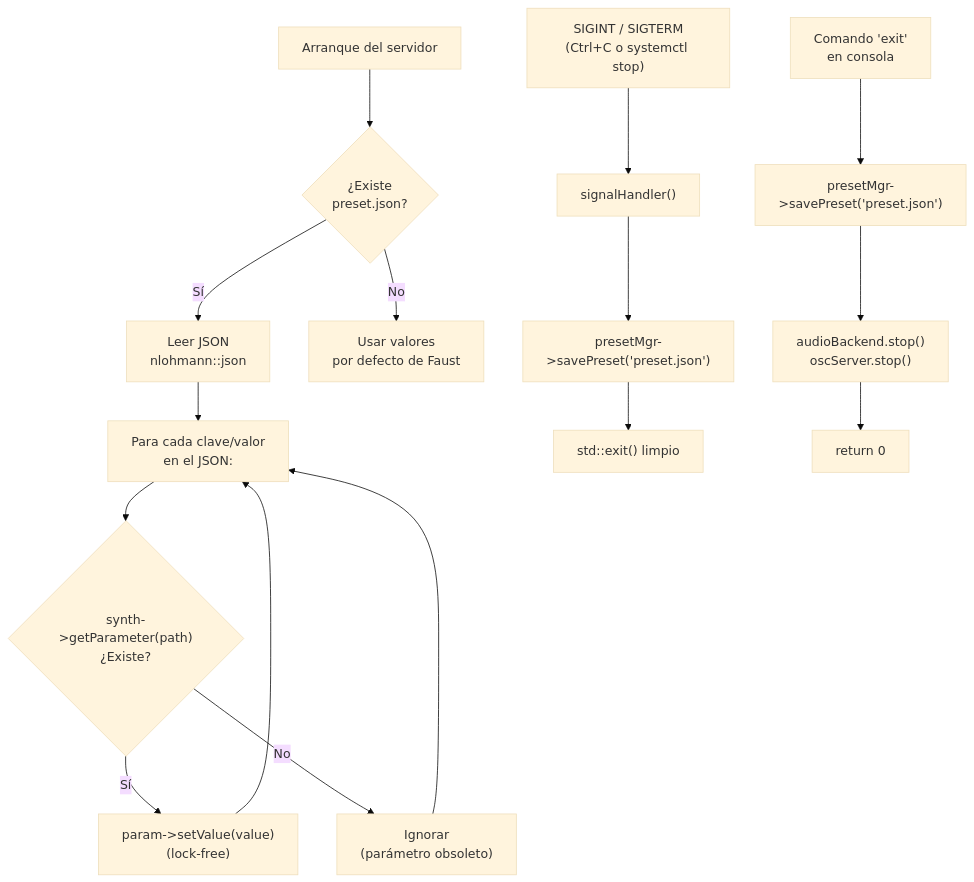
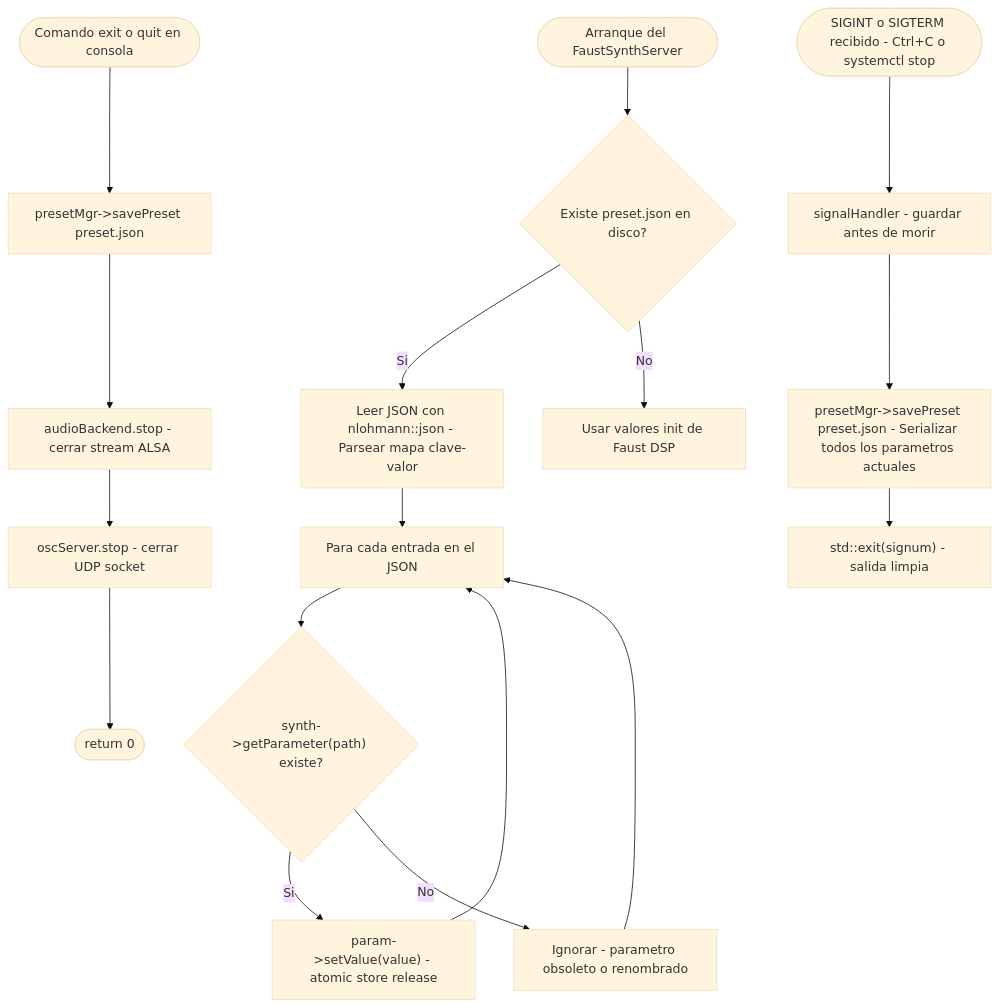
One commit to Zann181/sintetizador changed the tenth of 12 diagrams in README.md. Above: the diagram before and after it, drawn with Mermaid (base theme). The commit also changed other lines of this file, not shown here.

````diff
--- a/README.md
+++ b/README.md
@@ -882,21 +1495,26 @@
 ```mermaid
 flowchart TD
-    INIT["Arranque del servidor"] --> LOAD_CHECK{"¿Existe\npreset.json?"}
-    LOAD_CHECK -->|Sí| LOAD_FILE["Leer JSON\nnlohmann::json"]
-    LOAD_CHECK -->|No| DEFAULT["Usar valores\npor defecto de Faust"]
+    ARRANQUE(["Arranque del FaustSynthServer"])
+    ARRANQUE --> EXISTE{"Existe preset.json en disco?"}
 
-    LOAD_FILE --> ITER["Para cada clave/valor\nen el JSON:"]
-    ITER --> FIND{"synth->getParameter(path)\n¿Existe?"}
-    FIND -->|Sí| SET_P["param->setValue(value)\n(lock-free)"]
-    FIND -->|No| SKIP["Ignorar\n(parámetro obsoleto)"]
-    SET_P --> ITER
-    SKIP --> ITER
+    EXISTE -->|"Si"| LEER["Leer JSON con nlohmann::json - Parsear mapa clave-valor"]
+    EXISTE -->|"No"| DEFAULTS["Usar valores init de Faust DSP"]
 
-    SIGINT["SIGINT / SIGTERM\n(Ctrl+C o systemctl stop)"] --> HANDLER["signalHandler()"]
-    HANDLER --> SAVE["presetMgr->savePreset('preset.json')"]
-    SAVE --> EXIT_CLEAN["std::exit() limpio"]
+    LEER --> LOOP["Para cada entrada en el JSON"]
+    LOOP --> FIND_PARAM{"synth->getParameter(path) existe?"}
+    FIND_PARAM -->|"Si"| SET_ATOMIC["param->setValue(value) - atomic store release"]
+    FIND_PARAM -->|"No"| SKIP["Ignorar - parametro obsoleto o renombrado"]
+    SET_ATOMIC --> LOOP
+    SKIP --> LOOP
 
-    NORMAL_EXIT["Comando 'exit'\nen consola"] --> SAVE2["presetMgr->savePreset('preset.json')"]
-    SAVE2 --> STOP["audioBackend.stop()\noscServer.stop()"]
-    STOP --> RETURN["return 0"]
+    SIGINT(["SIGINT o SIGTERM recibido - Ctrl+C o systemctl stop"])
+    SIGINT --> HANDLER["signalHandler - guardar antes de morir"]
+    HANDLER --> SAVE_JSON["presetMgr->savePreset preset.json - Serializar todos los parametros actuales"]
+    SAVE_JSON --> EXIT_SAFE["std::exit(signum) - salida limpia"]
+
+    CMD_EXIT(["Comando exit o quit en consola"])
+    CMD_EXIT --> SAVE_FINAL["presetMgr->savePreset preset.json"]
+    SAVE_FINAL --> STOP_AUDIO["audioBackend.stop - cerrar stream ALSA"]
+    STOP_AUDIO --> STOP_OSC["oscServer.stop - cerrar UDP socket"]
+    STOP_OSC --> RETURN_0(["return 0"])
 ```
````
